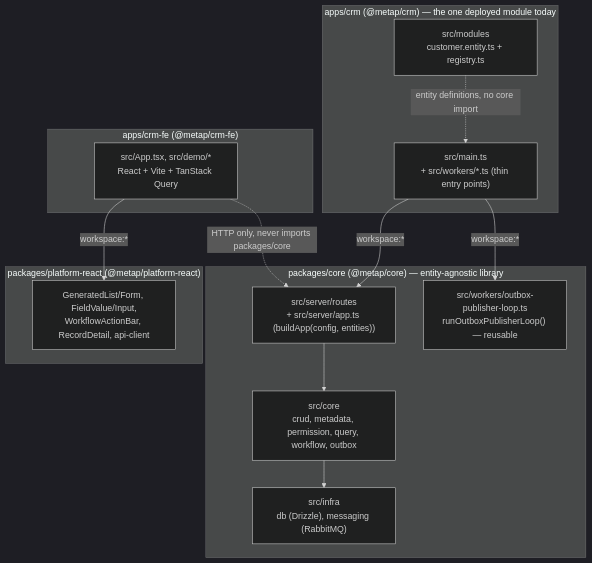
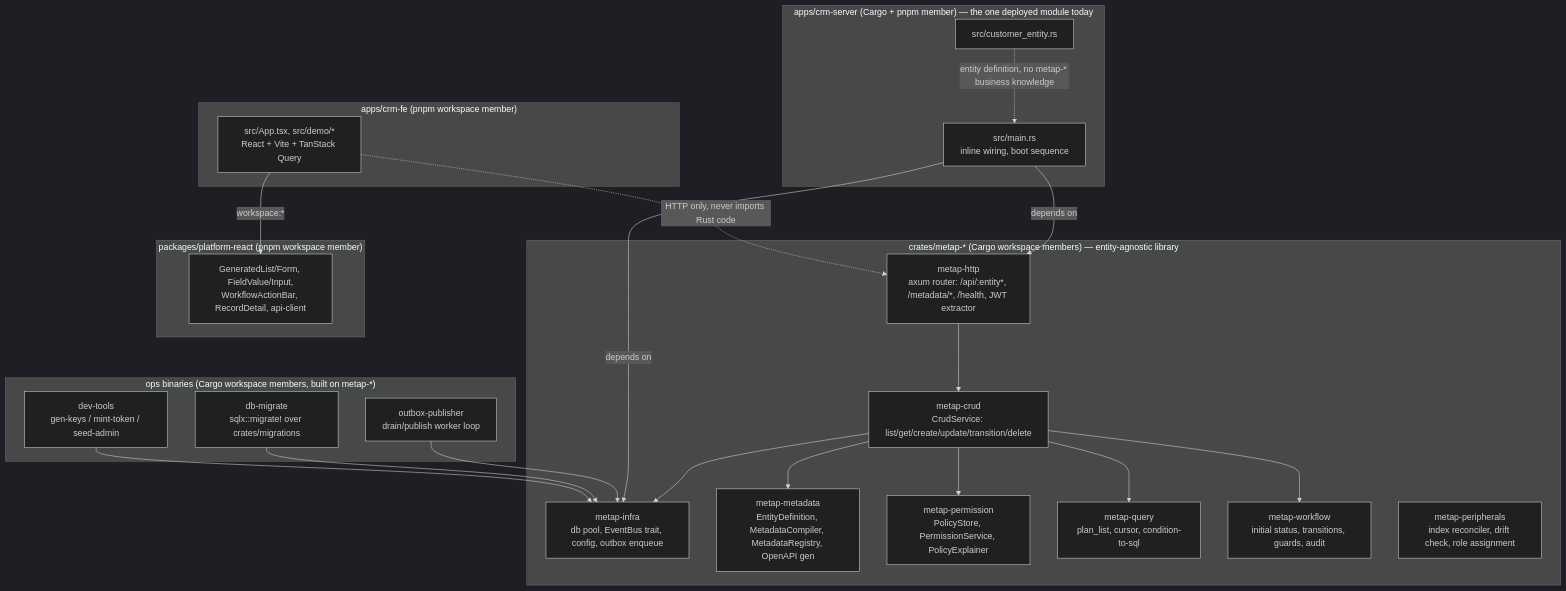
One commit to metap-org/metap changed the fifth of 5 diagrams in docs/architectures/05-building-blocks.md. Above: the diagram before and after it, drawn with Mermaid (dark theme). The commit also changed other lines of this file and 12 other files, not shown here.

First line of the commit message:
Sync architecture docs to the Rust stack (axum/sqlx) terminology

````diff
--- a/docs/architectures/05-building-blocks.md
+++ b/docs/architectures/05-building-blocks.md
@@ -374,30 +374,47 @@
 ```mermaid
 graph TD
-  subgraph pkgcore["packages/core (@metap/core) — entity-agnostic library"]
-    routes["src/server/routes<br/>+ src/server/app.ts (buildApp(config, entities))"]
-    core["src/core<br/>crud, metadata, permission, query, workflow, outbox"]
-    infra["src/infra<br/>db (Drizzle), messaging (RabbitMQ)"]
-    loop["src/workers/outbox-publisher-loop.ts<br/>runOutboxPublisherLoop() — reusable"]
+  subgraph cratesmetap["crates/metap-* (Cargo workspace members) — entity-agnostic library"]
+    infra["metap-infra<br/>db pool, EventBus trait, config, outbox enqueue"]
+    metadata["metap-metadata<br/>EntityDefinition, MetadataCompiler, MetadataRegistry, OpenAPI gen"]
+    permission["metap-permission<br/>PolicyStore, PermissionService, PolicyExplainer"]
+    query["metap-query<br/>plan_list, cursor, condition-to-sql"]
+    workflow["metap-workflow<br/>initial status, transitions, guards, audit"]
+    crud["metap-crud<br/>CrudService: list/get/create/update/transition/delete"]
+    http["metap-http<br/>axum router: /api/:entity*, /metadata/*, /health, JWT extractor"]
+    peripherals["metap-peripherals<br/>index reconciler, drift check, role assignment"]
   end
 
-  subgraph appscrm["apps/crm (@metap/crm) — the one deployed module today"]
-    modules["src/modules<br/>customer.entity.ts + registry.ts"]
-    entry["src/main.ts<br/>+ src/workers/*.ts (thin entry points)"]
+  subgraph opsbin["ops binaries (Cargo workspace members, built on metap-*)"]
+    outboxpub["outbox-publisher<br/>drain/publish worker loop"]
+    dbmigrate["db-migrate<br/>sqlx::migrate! over crates/migrations"]
+    devtools["dev-tools<br/>gen-keys / mint-token / seed-admin"]
   end
 
-  subgraph pkgplatform["packages/platform-react (@metap/platform-react)"]
+  subgraph appscrmserver["apps/crm-server (Cargo + pnpm member) — the one deployed module today"]
+    customerentity["src/customer_entity.rs"]
+    mainrs["src/main.rs<br/>inline wiring, boot sequence"]
+  end
+
+  subgraph pkgplatform["packages/platform-react (pnpm workspace member)"]
     platform["GeneratedList/Form, FieldValue/Input,<br/>WorkflowActionBar, RecordDetail, api-client"]
   end
 
-  subgraph appscrmfe["apps/crm-fe (@metap/crm-fe)"]
+  subgraph appscrmfe["apps/crm-fe (pnpm workspace member)"]
     demoapp["src/App.tsx, src/demo/*<br/>React + Vite + TanStack Query"]
   end
 
-  routes --> core
-  core --> infra
-  entry -->|"workspace:*"| routes
-  entry -->|"workspace:*"| loop
-  modules -.entity definitions, no core import.-> entry
+  http --> crud
+  crud --> metadata
+  crud --> permission
+  crud --> query
+  crud --> workflow
+  crud --> infra
+  mainrs -->|"depends on"| http
+  mainrs -->|"depends on"| infra
+  customerentity -.entity definition, no metap-* business knowledge.-> mainrs
+  outboxpub --> infra
+  dbmigrate --> infra
+  devtools --> infra
   demoapp -->|"workspace:*"| platform
-  demoapp -.HTTP only, never imports packages/core.-> routes
+  demoapp -.HTTP only, never imports Rust code.-> http
 ```
````
